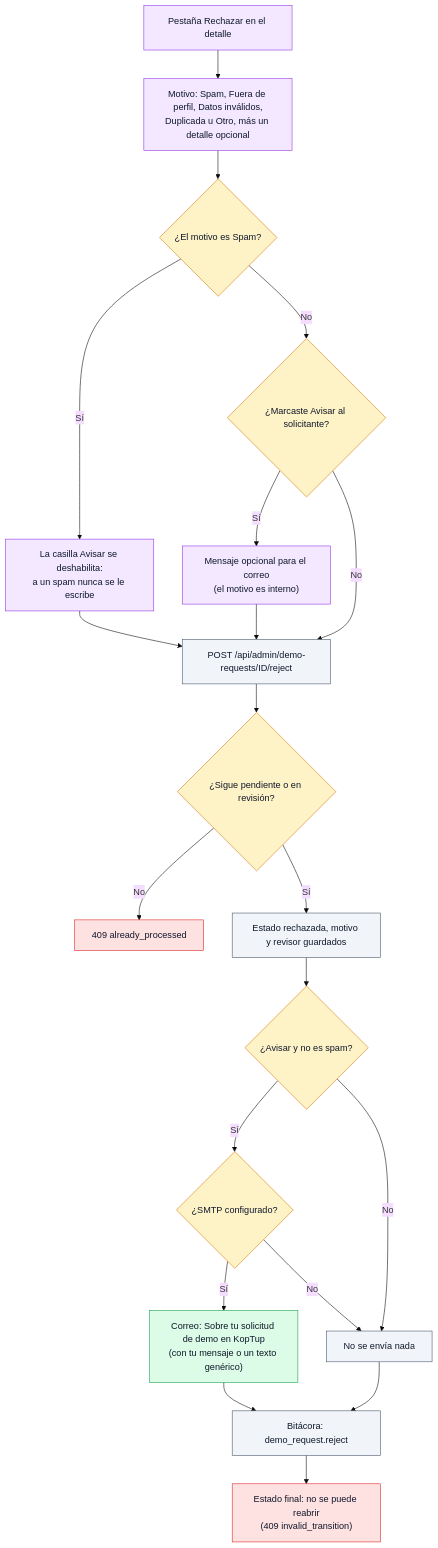
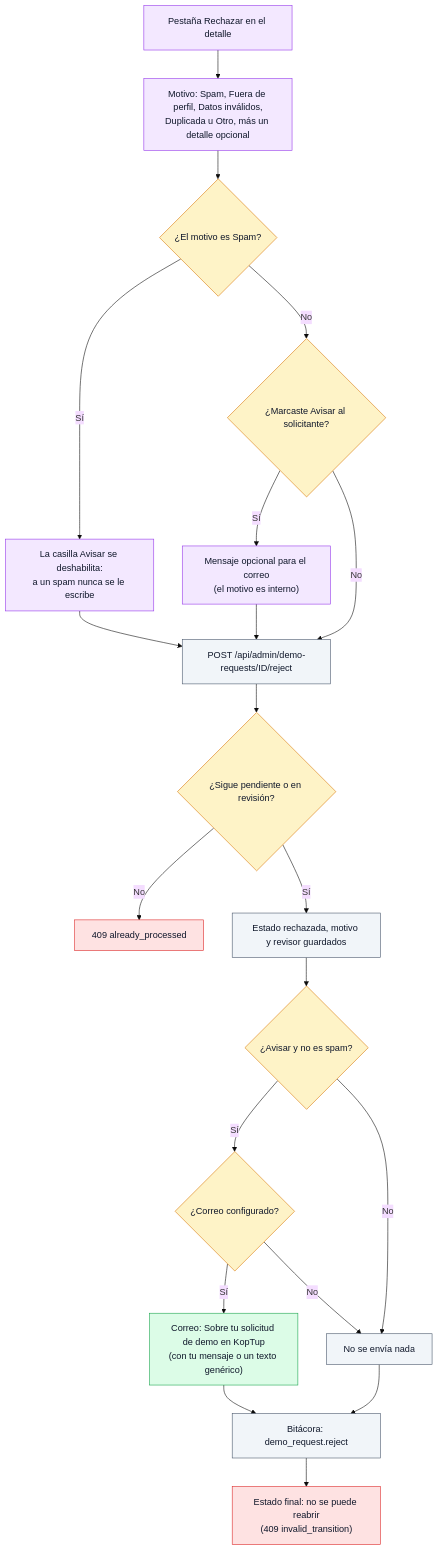
One commit to ronalc90/koptup changed the third of 24 diagrams in docs/wiki/Doc-14-2-Flujos-de-Administracion-y-Operacion.md. Above: the diagram before and after it, drawn with Mermaid (base theme). The commit also changed other lines of this file and 45 other files, not shown here.

````diff
--- a/docs/wiki/Doc-14-2-Flujos-de-Administracion-y-Operacion.md
+++ b/docs/wiki/Doc-14-2-Flujos-de-Administracion-y-Operacion.md
@@ -178,41 +179,41 @@
 ```mermaid
 flowchart TD
     classDef visitante fill:#dbeafe,stroke:#2563eb,color:#0f172a
     classDef sistema fill:#f1f5f9,stroke:#475569,color:#0f172a
     classDef admin fill:#f3e8ff,stroke:#9333ea,color:#0f172a
     classDef aviso fill:#dcfce7,stroke:#16a34a,color:#0f172a
     classDef decision fill:#fef3c7,stroke:#d97706,color:#0f172a
     classDef error fill:#fee2e2,stroke:#dc2626,color:#0f172a
     classDef externo fill:#fdf4ff,stroke:#c026d3,color:#0f172a
 
     R1["Pestaña Rechazar en el detalle"]:::admin
     R2["Motivo: Spam, Fuera de perfil, Datos inválidos,<br/>Duplicada u Otro, más un detalle opcional"]:::admin
     D1{"¿El motivo es Spam?"}:::decision
     R3["La casilla Avisar se deshabilita:<br/>a un spam nunca se le escribe"]:::admin
     D2{"¿Marcaste Avisar al solicitante?"}:::decision
     R4["Mensaje opcional para el correo<br/>(el motivo es interno)"]:::admin
     S1["POST /api/admin/demo-requests/ID/reject"]:::sistema
     D3{"¿Sigue pendiente o en revisión?"}:::decision
     E1["409 already_processed"]:::error
     S2["Estado rechazada, motivo y revisor guardados"]:::sistema
     D4{"¿Avisar y no es spam?"}:::decision
-    D5{"¿SMTP configurado?"}:::decision
+    D5{"¿Correo configurado?"}:::decision
     N1["Correo: Sobre tu solicitud de demo en KopTup<br/>(con tu mensaje o un texto genérico)"]:::aviso
     S3["No se envía nada"]:::sistema
     S4["Bitácora: demo_request.reject"]:::sistema
     S5["Estado final: no se puede reabrir<br/>(409 invalid_transition)"]:::error
 
     R1 --> R2 --> D1
     D1 -->|"Sí"| R3 --> S1
     D1 -->|"No"| D2
     D2 -->|"Sí"| R4 --> S1
     D2 -->|"No"| S1
     S1 --> D3
     D3 -->|"No"| E1
     D3 -->|"Sí"| S2 --> D4
     D4 -->|"Sí"| D5
     D4 -->|"No"| S3
     D5 -->|"Sí"| N1 --> S4
     D5 -->|"No"| S3
     S3 --> S4 --> S5
 ```
````
